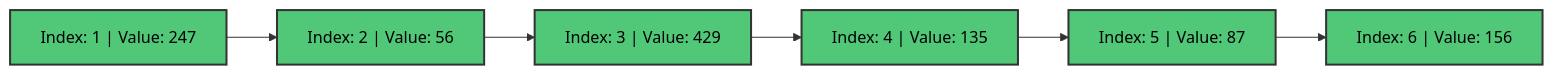
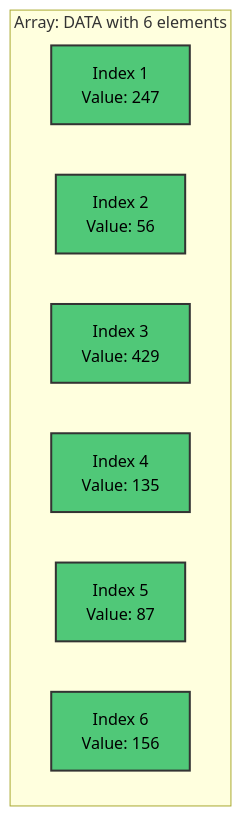
The fourth of 39 diagrams in Chapter 4 - Arrays, Records and Pointers/README.md (M-F-Tushar/CSE-2101-Data-Structure), drawn with Mermaid before and after one commit. The commit also changed other lines of this file, not shown here.

````diff
--- a/Chapter 4 - Arrays, Records and Pointers/README.md
+++ b/Chapter 4 - Arrays, Records and Pointers/README.md
@@ -81,15 +112,19 @@
 ```mermaid
-graph LR
-    A["Index: 1 | Value: 247"] --> B["Index: 2 | Value: 56"]
-    B --> C["Index: 3 | Value: 429"]
-    C --> D["Index: 4 | Value: 135"]
-    D --> E["Index: 5 | Value: 87"]
-    E --> F["Index: 6 | Value: 156"]
+graph TB
+    subgraph "Array: DATA with 6 elements"
+        direction LR
+        A["Index 1<br/>Value: 247"] 
+        B["Index 2<br/>Value: 56"]
+        C["Index 3<br/>Value: 429"]
+        D["Index 4<br/>Value: 135"]
+        E["Index 5<br/>Value: 87"]
+        F["Index 6<br/>Value: 156"]
+    end
     
     style A fill:#50C878,stroke:#333,stroke-width:2px,color:#000
     style B fill:#50C878,stroke:#333,stroke-width:2px,color:#000
     style C fill:#50C878,stroke:#333,stroke-width:2px,color:#000
     style D fill:#50C878,stroke:#333,stroke-width:2px,color:#000
     style E fill:#50C878,stroke:#333,stroke-width:2px,color:#000
     style F fill:#50C878,stroke:#333,stroke-width:2px,color:#000
 ```
````
